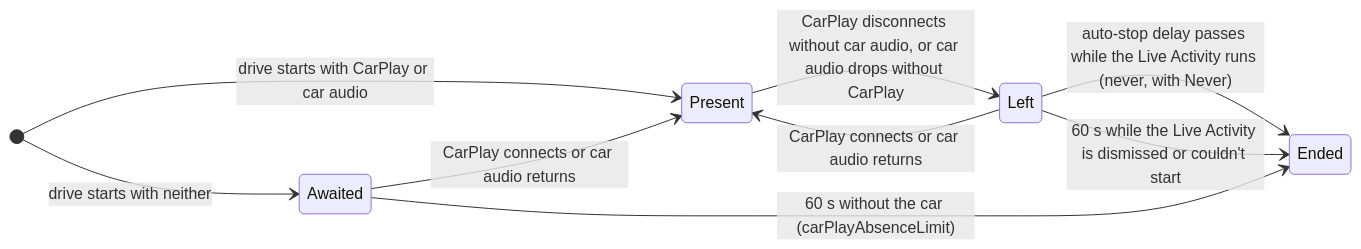
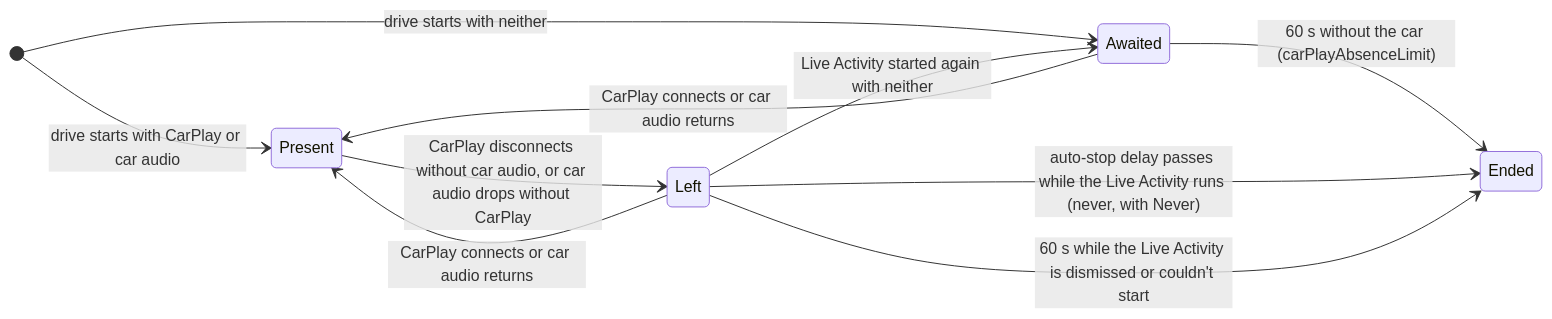
One commit to lunchbox-labs/Compasslet changed the fourth of 11 diagrams in wiki/Developer-State-Machines.md. Above: the diagram before and after it, drawn with Mermaid. The commit also changed other lines of this file and 5 other files, not shown here.

````diff
--- a/wiki/Developer-State-Machines.md
+++ b/wiki/Developer-State-Machines.md
@@ -219,12 +223,13 @@
 ```mermaid
 stateDiagram-v2
     direction LR
     [*] --> Present: drive starts with CarPlay or car audio
     [*] --> Awaited: drive starts with neither
     Awaited --> Present: CarPlay connects or car audio returns
     Awaited --> Ended: 60 s without the car (carPlayAbsenceLimit)
     Present --> Left: CarPlay disconnects without car audio, or car audio drops without CarPlay
     Left --> Present: CarPlay connects or car audio returns
+    Left --> Awaited: Live Activity started again with neither
     Left --> Ended: auto-stop delay passes while the Live Activity runs (never, with Never)
     Left --> Ended: 60 s while the Live Activity is dismissed or couldn't start
 ```
````
